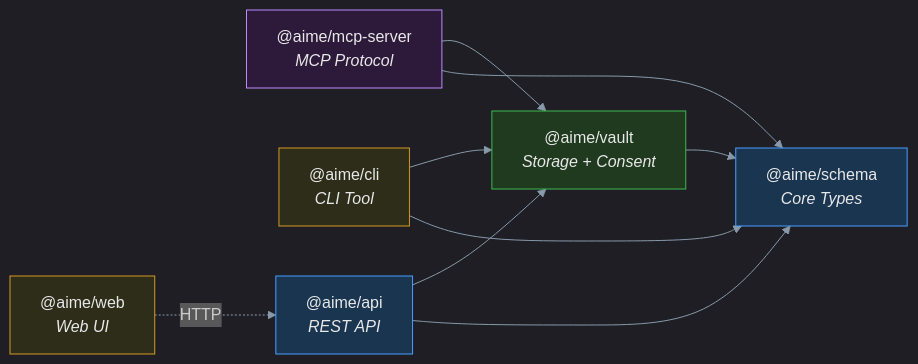
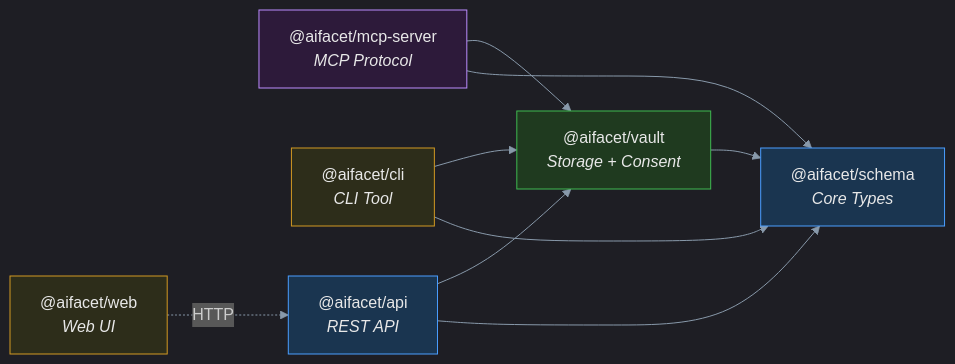
Before and after one commit to escamez/aifacet: the third of 6 diagrams in docs/design/ARCHITECTURE.md, drawn with Mermaid. The commit also changed other lines of this file and 46 other files, not shown here.

First line of the commit message:
Rename project from AIME/contextme to AIFacet

````diff
--- a/docs/design/ARCHITECTURE.md
+++ b/docs/design/ARCHITECTURE.md
@@ -104,27 +104,27 @@
 ```mermaid
 %%{init: {'theme': 'dark', 'themeVariables': {'primaryColor': '#4a9eff', 'primaryTextColor': '#e8e8e8', 'primaryBorderColor': '#6bb3ff', 'lineColor': '#8899aa', 'secondaryColor': '#2d5a8a', 'tertiaryColor': '#1a3550'}}}%%
 
 graph LR
-    SCHEMA["@aime/schema<br/><i>Core Types</i>"]
-    VAULT["@aime/vault<br/><i>Storage + Consent</i>"]
-    MCP["@aime/mcp-server<br/><i>MCP Protocol</i>"]
-    CLI["@aime/cli<br/><i>CLI Tool</i>"]
-    API["@aime/api<br/><i>REST API</i>"]
-    WEB["@aime/web<br/><i>Web UI</i>"]
+    SCHEMA["@aifacet/schema<br/><i>Core Types</i>"]
+    VAULT["@aifacet/vault<br/><i>Storage + Consent</i>"]
+    MCP["@aifacet/mcp-server<br/><i>MCP Protocol</i>"]
+    CLI["@aifacet/cli<br/><i>CLI Tool</i>"]
+    API["@aifacet/api<br/><i>REST API</i>"]
+    WEB["@aifacet/web<br/><i>Web UI</i>"]
 
     VAULT --> SCHEMA
     MCP --> VAULT
     MCP --> SCHEMA
     CLI --> VAULT
     CLI --> SCHEMA
     API --> VAULT
     API --> SCHEMA
     WEB -.->|HTTP| API
 
     style SCHEMA fill:#1a3550,stroke:#4a9eff,color:#e8e8e8
     style VAULT fill:#1f3a1f,stroke:#3fb950,color:#e8e8e8
     style MCP fill:#2d1a3a,stroke:#bc8cff,color:#e8e8e8
     style CLI fill:#2d2d1a,stroke:#d29922,color:#e8e8e8
     style API fill:#1a3550,stroke:#4a9eff,color:#e8e8e8
     style WEB fill:#2d2d1a,stroke:#d29922,color:#e8e8e8
 ```
````
